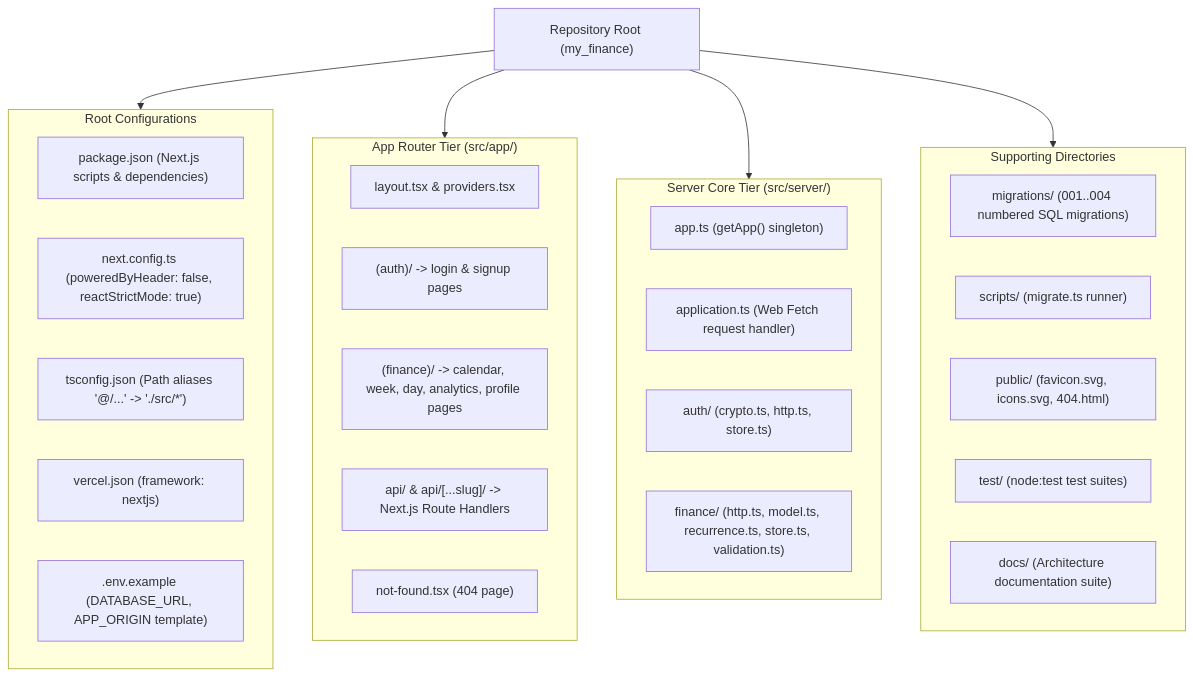
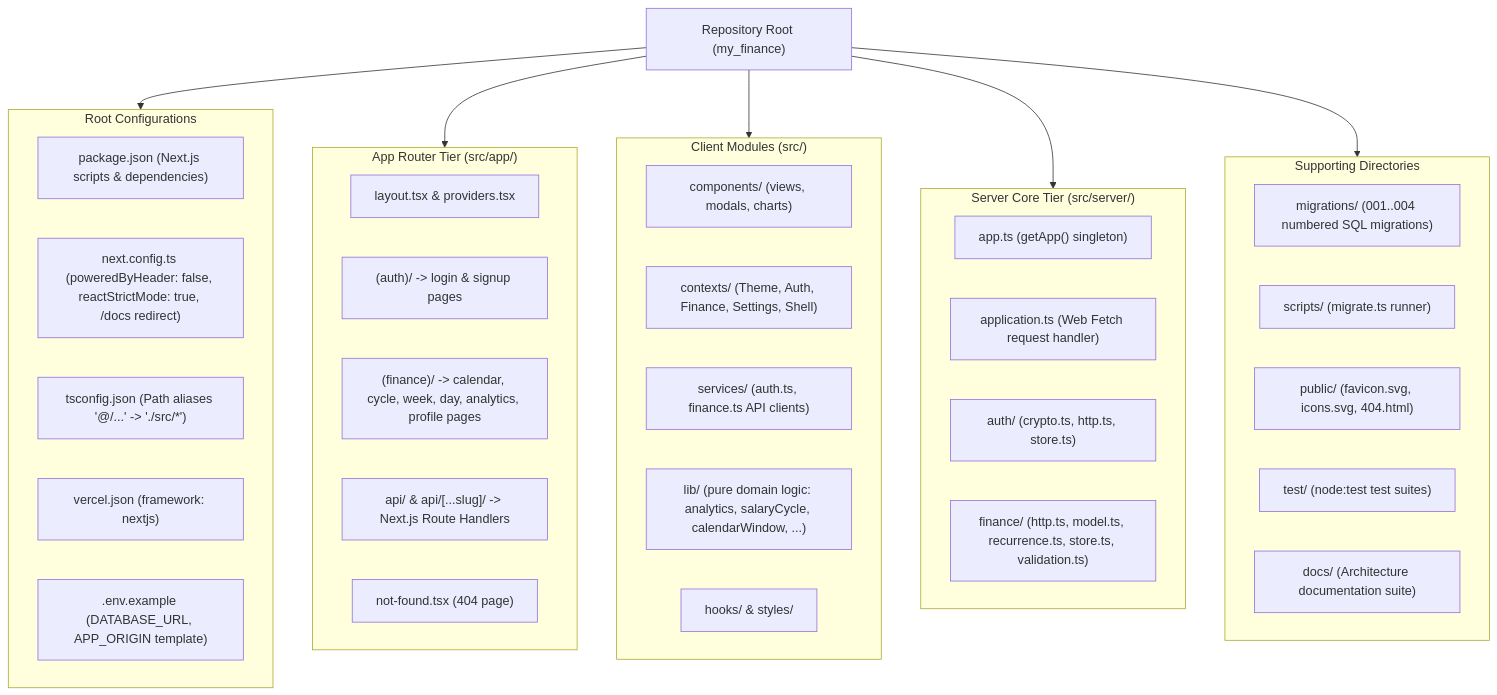
Before and after one commit to nnminh-sam/my_finance: the first of 2 diagrams in docs/05-project-structure.md, drawn with Mermaid. The commit also changed other lines of this file and 27 other files, not shown here.

First line of the commit message:
docs: sync architecture docs with salary cycle, date-range loading, and current layout

````diff
--- a/docs/05-project-structure.md
+++ b/docs/05-project-structure.md
@@ -11,40 +11,49 @@
 ```mermaid
 flowchart TB
     Root["Repository Root (my_finance)"]
 
     subgraph Configs["Root Configurations"]
         PkgJson["package.json (Next.js scripts & dependencies)"]
-        NextCfg["next.config.ts (poweredByHeader: false, reactStrictMode: true)"]
+        NextCfg["next.config.ts (poweredByHeader: false, reactStrictMode: true, /docs redirect)"]
         TSCfg["tsconfig.json (Path aliases '@/...' -> './src/*')"]
         VercelCfg["vercel.json (framework: nextjs)"]
         EnvTpl[".env.example (DATABASE_URL, APP_ORIGIN template)"]
     end
 
     subgraph AppTier["App Router Tier (src/app/)"]
         RootLayout["layout.tsx & providers.tsx"]
         AuthGroup["(auth)/ -> login & signup pages"]
-        FinGroup["(finance)/ -> calendar, week, day, analytics, profile pages"]
+        FinGroup["(finance)/ -> calendar, cycle, week, day, analytics, profile pages"]
         APIGroup["api/ & api/[...slug]/ -> Next.js Route Handlers"]
         NotFound["not-found.tsx (404 page)"]
+    end
+
+    subgraph ClientTier["Client Modules (src/)"]
+        Components["components/ (views, modals, charts)"]
+        Contexts["contexts/ (Theme, Auth, Finance, Settings, Shell)"]
+        Services["services/ (auth.ts, finance.ts API clients)"]
+        Lib["lib/ (pure domain logic: analytics, salaryCycle, calendarWindow, ...)"]
+        Hooks["hooks/ & styles/"]
     end
 
     subgraph ServerTier["Server Core Tier (src/server/)"]
         AppSingleton["app.ts (getApp() singleton)"]
         AppEngine["application.ts (Web Fetch request handler)"]
         AuthDomain["auth/ (crypto.ts, http.ts, store.ts)"]
         FinDomain["finance/ (http.ts, model.ts, recurrence.ts, store.ts, validation.ts)"]
     end
 
     subgraph SupportDirs["Supporting Directories"]
         Migrations["migrations/ (001..004 numbered SQL migrations)"]
         Scripts["scripts/ (migrate.ts runner)"]
         Public["public/ (favicon.svg, icons.svg, 404.html)"]
         Tests["test/ (node:test test suites)"]
         Docs["docs/ (Architecture documentation suite)"]
     end
 
     Root --> Configs
     Root --> AppTier
+    Root --> ClientTier
     Root --> ServerTier
     Root --> SupportDirs
 ```
````
